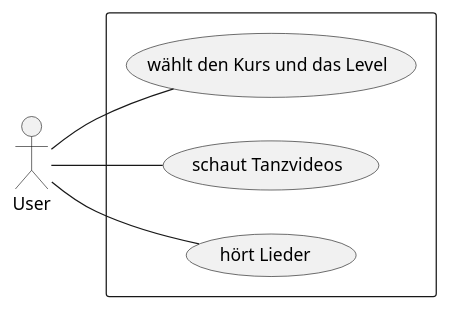
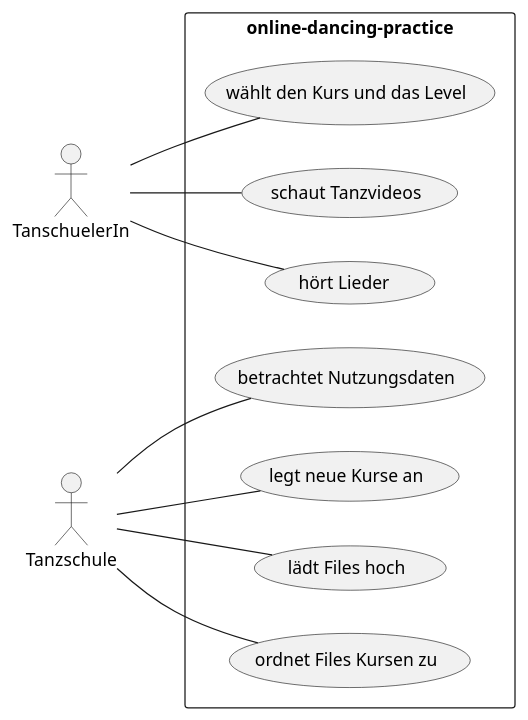
The diagram in asciidocs/plantuml/ucd.puml (htl-leonding-project/2021-da-online-dance-practice), drawn with PlantUML before and after one commit. The commit also changed 4 other files, not shown here.

Commit message:
update uml-files

```diff
--- a/asciidocs/plantuml/ucd.puml
+++ b/asciidocs/plantuml/ucd.puml
@@ -1,14 +1,17 @@
 @startuml
 left to right direction
 
-        actor User
+        actor TanschuelerIn
+        actor Tanzschule
 
+        rectangle online-dancing-practice {
 
-        rectangle {
-
-        User -- (wählt den Kurs und das Level)
-        User -- (schaut Tanzvideos)
-        User -- (hört Lieder )
-
+        TanschuelerIn -- (wählt den Kurs und das Level)
+        TanschuelerIn -- (schaut Tanzvideos)
+        TanschuelerIn -- (hört Lieder )
+        Tanzschule -- (betrachtet Nutzungsdaten)
+        Tanzschule -- (legt neue Kurse an)
+        Tanzschule -- (lädt Files hoch)
+        Tanzschule -- (ordnet Files Kursen zu)
         }
 @enduml
```
